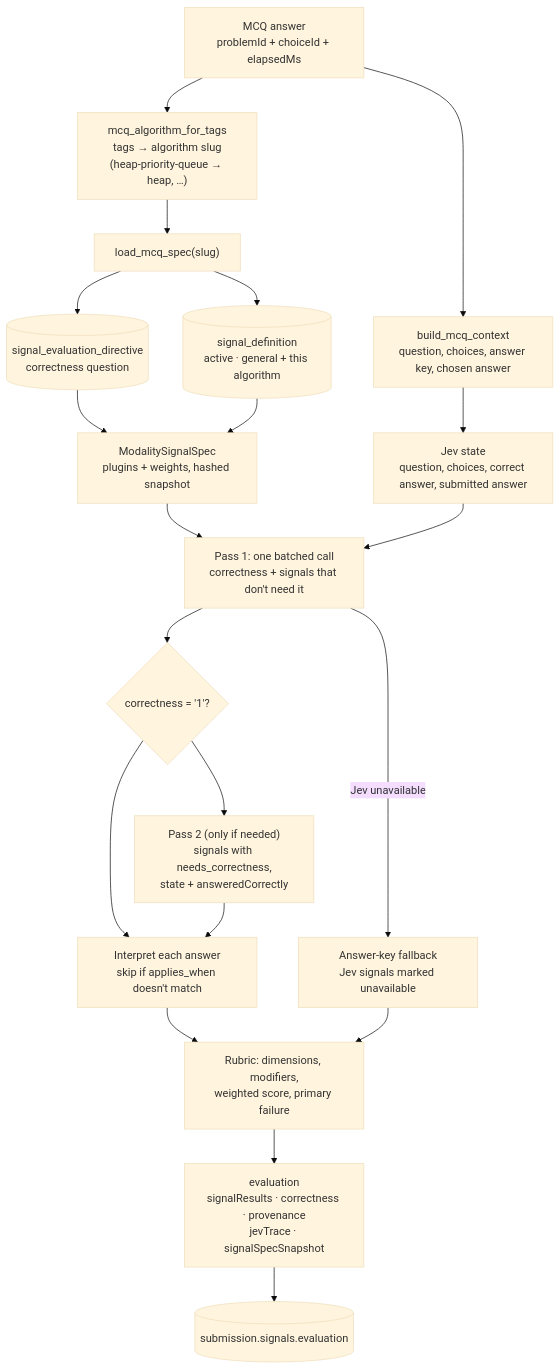
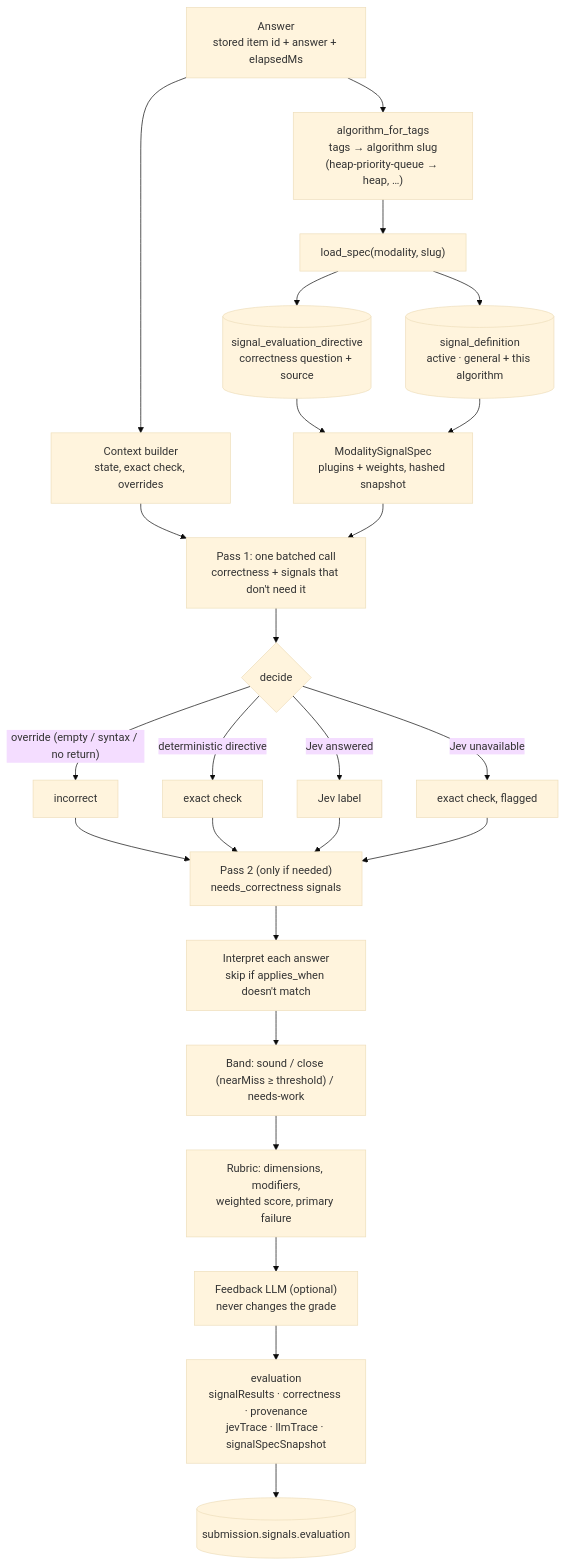
Before and after one commit to maxmarzolf/system1: the third of 5 diagrams in docs/data-flow.md, drawn with Mermaid (base theme). The commit also changed other lines of this file and 8 other files, not shown here.

````diff
--- a/docs/data-flow.md
+++ b/docs/data-flow.md
@@ -95,23 +102,25 @@
 ```mermaid
 flowchart TD
-  A["MCQ answer<br/>problemId + choiceId + elapsedMs"] --> B["build_mcq_context<br/>question, choices, answer key, chosen answer"]
-  A --> C["mcq_algorithm_for_tags<br/>tags → algorithm slug<br/>(heap-priority-queue → heap, …)"]
-  C --> D["load_mcq_spec(slug)"]
-  D --> D1[("signal_evaluation_directive<br/>correctness question")]
+  A["Answer<br/>stored item id + answer + elapsedMs"] --> B["Context builder<br/>state, exact check, overrides"]
+  A --> C["algorithm_for_tags<br/>tags → algorithm slug<br/>(heap-priority-queue → heap, …)"]
+  C --> D["load_spec(modality, slug)"]
+  D --> D1[("signal_evaluation_directive<br/>correctness question + source")]
   D --> D2[("signal_definition<br/>active · general + this algorithm")]
   D1 --> E["ModalitySignalSpec<br/>plugins + weights, hashed snapshot"]
   D2 --> E
 
-  B --> F["Jev state<br/>question, choices, correct answer, submitted answer"]
-  E --> G["Pass 1: one batched call<br/>correctness + signals that don't need it"]
-  F --> G
-  G -->|"Jev unavailable"| X["Answer-key fallback<br/>Jev signals marked unavailable"]
-  G --> H{"correctness = '1'?"}
-  H --> I["Pass 2 (only if needed)<br/>signals with needs_correctness,<br/>state + answeredCorrectly"]
-  H --> J
+  B --> G["Pass 1: one batched call<br/>correctness + signals that don't need it"]
+  E --> G
+  G --> H{"decide"}
+  H -->|"override (empty / syntax / no return)"| H1["incorrect"]
+  H -->|"deterministic directive"| H2["exact check"]
+  H -->|"Jev answered"| H3["Jev label"]
+  H -->|"Jev unavailable"| H4["exact check, flagged"]
+  H1 & H2 & H3 & H4 --> I["Pass 2 (only if needed)<br/>needs_correctness signals"]
   I --> J["Interpret each answer<br/>skip if applies_when doesn't match"]
-  J --> K["Rubric: dimensions, modifiers,<br/>weighted score, primary failure"]
-  K --> L["evaluation<br/>signalResults · correctness · provenance<br/>jevTrace · signalSpecSnapshot"]
-  X --> K
+  J --> V["Band: sound / close (nearMiss ≥ threshold) / needs-work"]
+  V --> K["Rubric: dimensions, modifiers,<br/>weighted score, primary failure"]
+  K --> F["Feedback LLM (optional)<br/>never changes the grade"]
+  F --> L["evaluation<br/>signalResults · correctness · provenance<br/>jevTrace · llmTrace · signalSpecSnapshot"]
   L --> M[("submission.signals.evaluation")]
 ```
````
